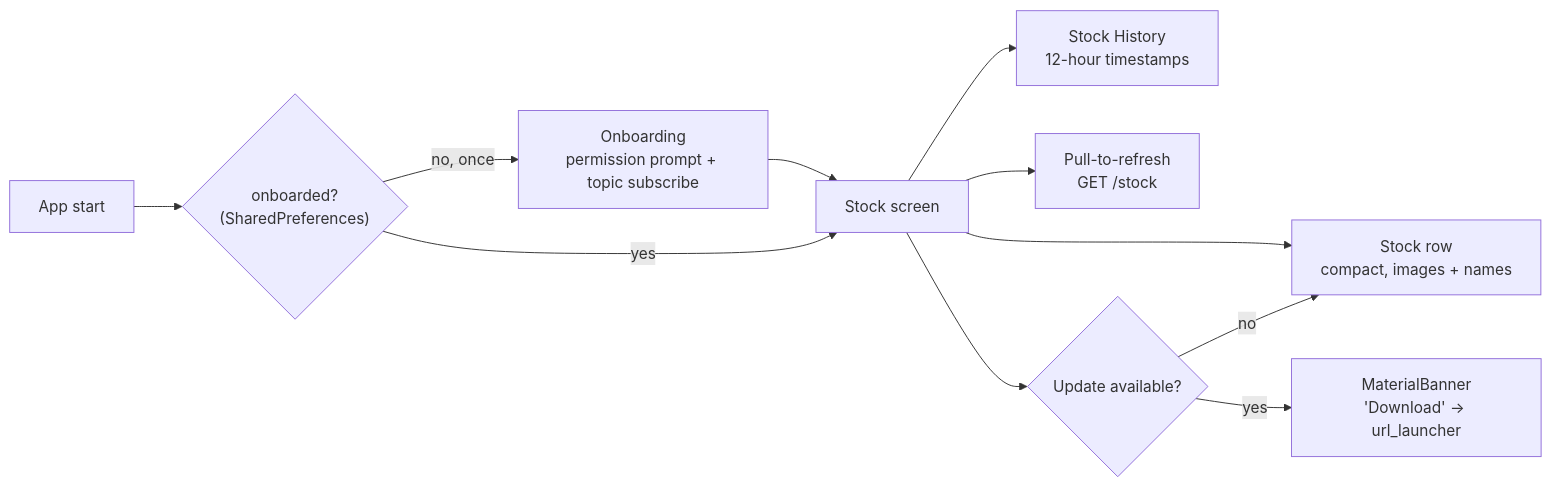
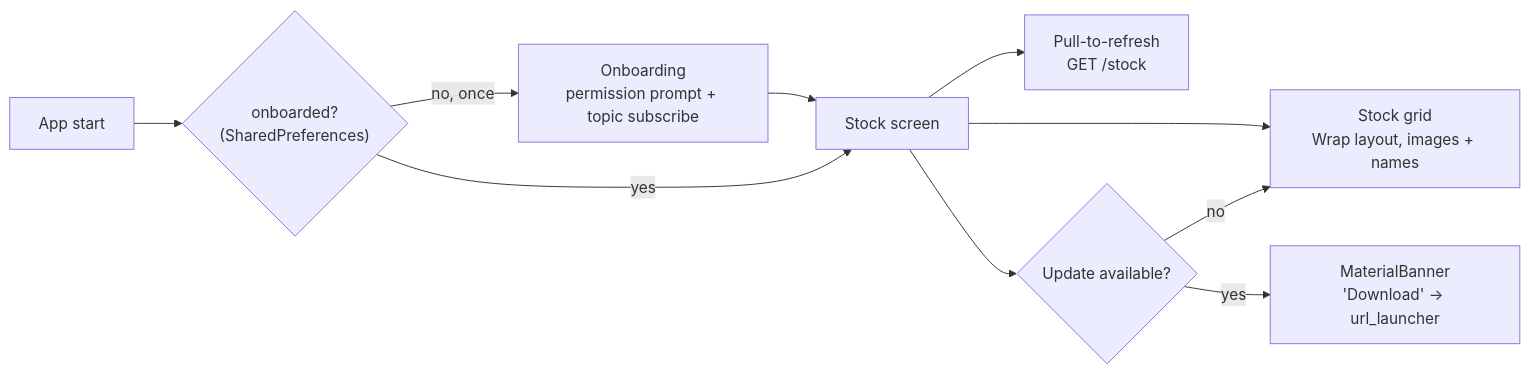
One commit to AnushGurung11/BloxNotify changed the second of 3 diagrams in README.md. Above: the diagram before and after it, drawn with Mermaid. The commit also changed other lines of this file and 30 other files, not shown here.

First line of the commit message:
feat: trade calculator, live values page, rarity-aware predictions, history images, stock wrap layout

````diff
--- a/README.md
+++ b/README.md
@@ -169,13 +182,12 @@
 ```mermaid
 flowchart LR
     START["App start"] --> FLAG{"onboarded?<br/>(SharedPreferences)"}
     FLAG -->|no, once| ONB["Onboarding<br/>permission prompt + topic subscribe"]
     ONB --> STOCK["Stock screen"]
     FLAG -->|yes| STOCK
-    STOCK --> ROW["Stock row<br/>compact, images + names"]
-    STOCK --> HISTORY["Stock History<br/>12-hour timestamps"]
+    STOCK --> ROW["Stock grid<br/>Wrap layout, images + names"]
     STOCK --> REFRESH["Pull-to-refresh<br/>GET /stock"]
     STOCK --> BANNER{"Update available?"}
     BANNER -->|yes| DL["MaterialBanner<br/>'Download' → url_launcher"]
     BANNER -->|no| ROW
 ```
````
